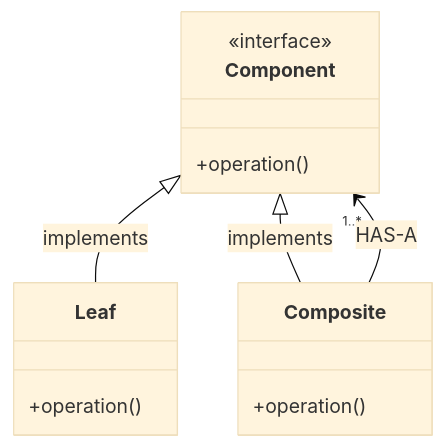
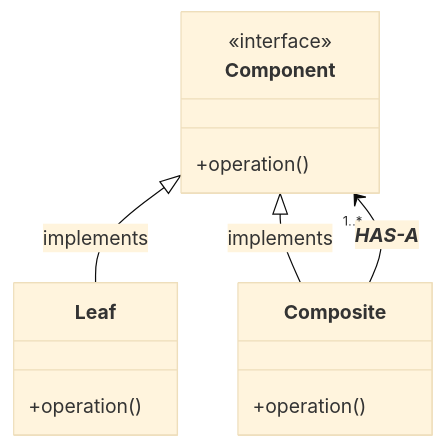
One commit to arnewohletz/AllMyNotes changed the diagram in source/howto/software_design/design_patterns/composite_pattern.rst. Above: the diagram before and after it, drawn with Mermaid (base theme). The commit also changed 1 other file, not shown here.

Commit message:
Minor improvements

```diff
--- a/source/howto/software_design/design_patterns/composite_pattern.rst
+++ b/source/howto/software_design/design_patterns/composite_pattern.rst
@@ -26,17 +26,17 @@
 .. mermaid::
     :align: center
 
     classDiagram
         Component <|-- Leaf : implements
         Component <|-- Composite : implements
-        Component "1..*" <-- Composite : HAS-A
+        Component "1..*" <-- Composite : ___HAS-A___
         class Component {
             <<interface>>
             +operation()
         }
         class Leaf {
             +operation()
         }
         class Composite {
             +operation()
         }
```
